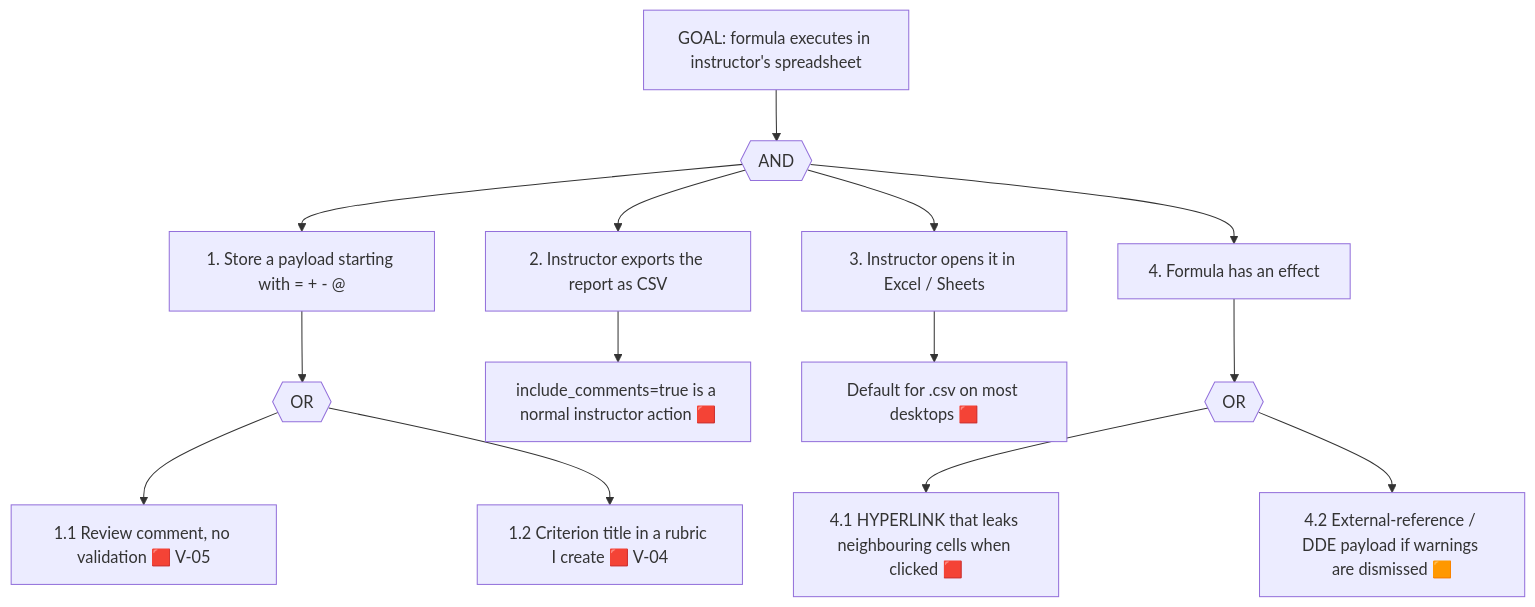
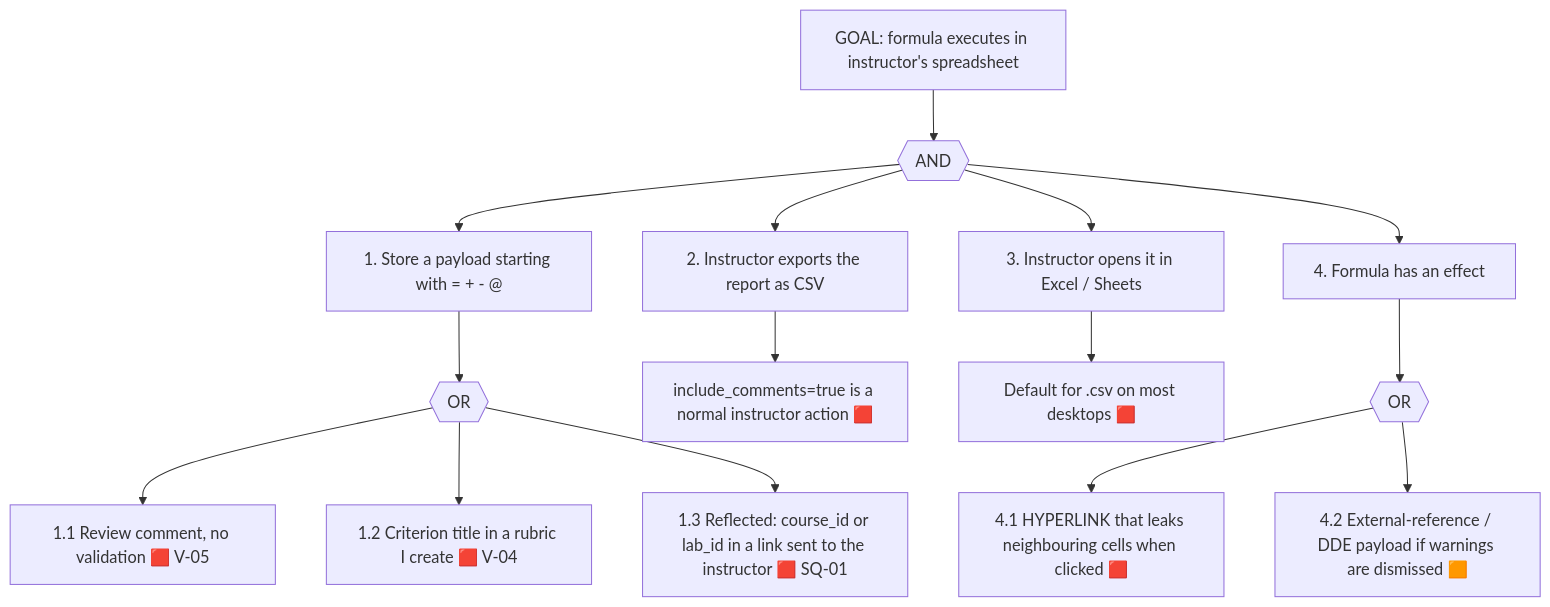
The fourth of 5 diagrams in project-assignment-2/security-analysis.md (saniyaab/MET763-PeerReviewandEvaluation), drawn with Mermaid before and after one commit. The commit also changed other lines of this file and 1 other file, not shown here.

First line of the commit message:
AI: triage SonarQube S5131 (FP as XSS, reflected CSV injection added to V-08)

````diff
--- a/project-assignment-2/security-analysis.md
+++ b/project-assignment-2/security-analysis.md
@@ -239,17 +239,18 @@
 ```mermaid
 flowchart TD
   G["GOAL: formula executes in instructor's spreadsheet"] --> AND1{{AND}}
   AND1 --> S1["1. Store a payload starting with = + - @"]
   AND1 --> S2["2. Instructor exports the report as CSV"]
   AND1 --> S3["3. Instructor opens it in Excel / Sheets"]
   AND1 --> S4["4. Formula has an effect"]
 
   S1 --> OR1{{OR}}
   OR1 --> S11["1.1 Review comment, no validation 🟥 V-05"]
   OR1 --> S12["1.2 Criterion title in a rubric I create 🟥 V-04"]
+  OR1 --> S13["1.3 Reflected: course_id or lab_id in a link sent to the instructor 🟥 SQ-01"]
   S2 --> S21["include_comments=true is a normal instructor action 🟥"]
   S3 --> S31["Default for .csv on most desktops 🟥"]
   S4 --> OR4{{OR}}
   OR4 --> S41["4.1 HYPERLINK that leaks neighbouring cells when clicked 🟥"]
   OR4 --> S42["4.2 External-reference / DDE payload if warnings are dismissed 🟧"]
 ```
````
